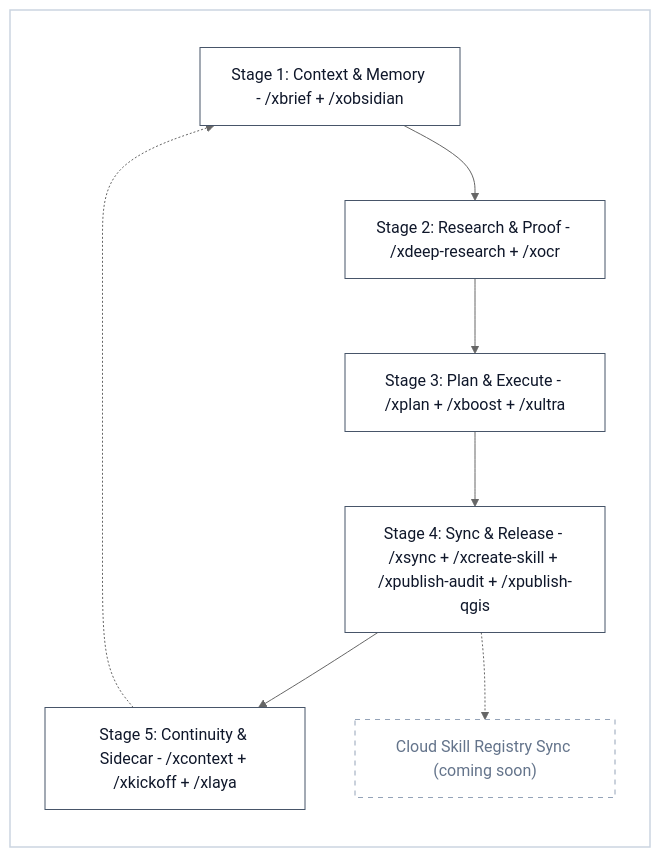
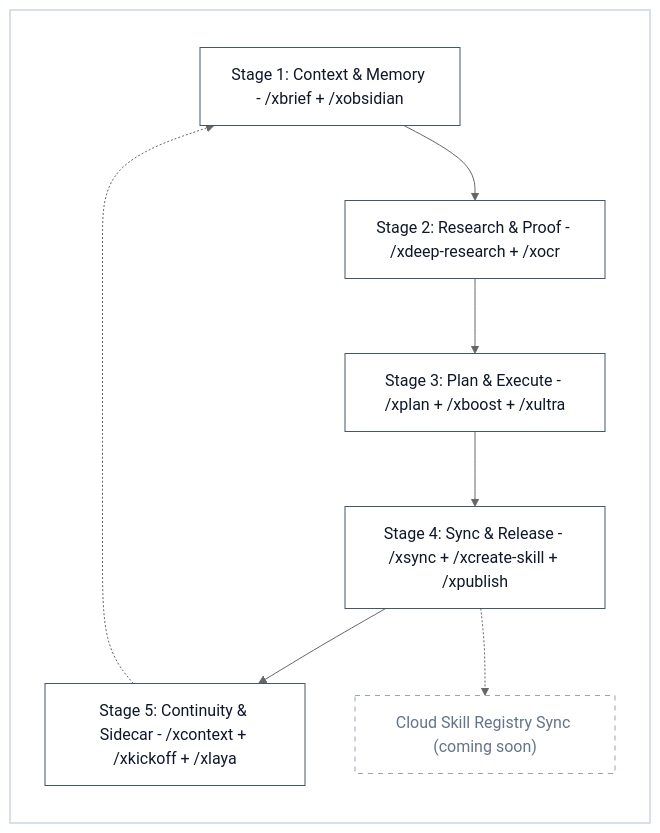
Before and after one commit to iscvlab/boostx: the first of 2 diagrams in README.md, drawn with Mermaid. The commit also changed other lines of this file and 24 other files, not shown here.

Commit message:
feat(xpublish,xsync): unify /xpublish (v1.3, --platform pr) and add /xsync --federated up-tree mirror audit

````diff
--- a/README.md
+++ b/README.md
@@ -43,22 +43,22 @@
 ```mermaid
 %%{init: {'theme': 'neutral'}}%%
 flowchart LR
     subgraph Canvas [" "]
         S1["Stage 1: Context & Memory - /xbrief + /xobsidian"]
         S2["Stage 2: Research & Proof - /xdeep-research + /xocr"]
         S3["Stage 3: Plan & Execute - /xplan + /xboost + /xultra"]
-        S4["Stage 4: Sync & Release - /xsync + /xcreate-skill + /xpublish-audit + /xpublish-qgis"]
+        S4["Stage 4: Sync & Release - /xsync + /xcreate-skill + /xpublish"]
         S5["Stage 5: Continuity & Sidecar - /xcontext + /xkickoff + /xlaya"]
         REG["Cloud Skill Registry Sync (coming soon)"]
 
         S1 --> S2
         S2 --> S3
         S3 --> S4
         S4 --> S5
         S5 -.-> S1
         S4 -.-> REG
     end
     classDef default fill:#ffffff,stroke:#475569,color:#0f172a,stroke-width:1px
     style Canvas fill:#ffffff,stroke:#cbd5e1,stroke-width:1.5px,color:#0f172a
     style REG fill:#ffffff,stroke:#94a3b8,stroke-dasharray: 5 5,color:#64748b
 ```
````
